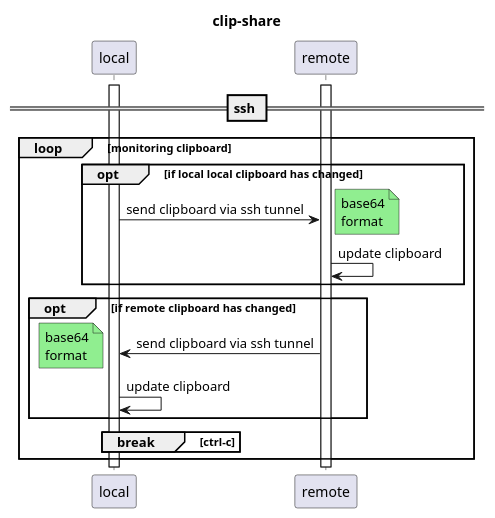
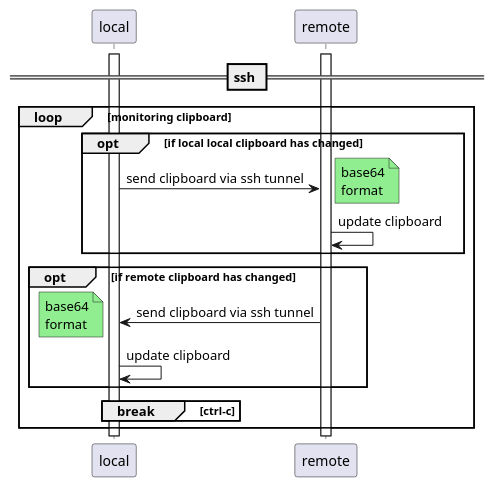
Before and after one commit to umaumax/playground: the second of 4 diagrams in README.md, drawn with PlantUML.

````diff
--- a/README.md
+++ b/README.md
@@ -13,31 +13,29 @@
 ```plantuml
 @startuml
-
-title clip-share
 
 participant "local" as Local
 participant "remote" as Remote
 
 == ssh ==
 
 loop monitoring clipboard
     opt if local local clipboard has changed
         activate Local
         Local -> Remote: send clipboard via ssh tunnel
         note right #lightgreen: base64\nformat
         Remote -> Remote: update clipboard
     end
 
     opt if remote clipboard has changed
         activate Remote
         Remote -> Local: send clipboard via ssh tunnel
         note left #lightgreen: base64\nformat
         Local -> Local: update clipboard
     end
 
     break ctrl-c
     end
 end
 
 @enduml
 ```
````
